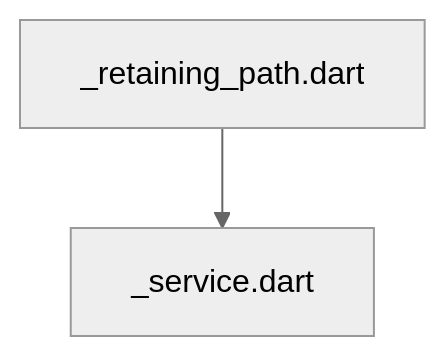
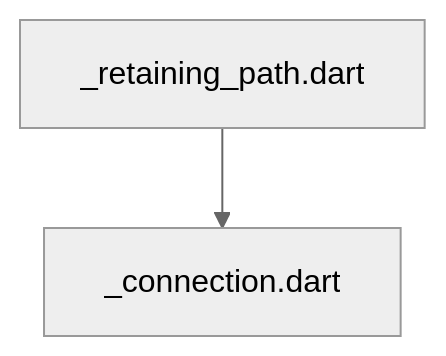
One commit to dart-lang/leak_tracker changed the diagram in pkgs/leak_tracker/lib/src/leak_tracking/_retaining_path/DEPENDENCIES.md. Above: the diagram before and after it, drawn with Mermaid (neutral theme). The commit also changed 13 other files, not shown here.

````diff
--- a/pkgs/leak_tracker/lib/src/leak_tracking/_retaining_path/DEPENDENCIES.md
+++ b/pkgs/leak_tracker/lib/src/leak_tracking/_retaining_path/DEPENDENCIES.md
@@ -6,4 +6,4 @@
 ```mermaid
 flowchart TD;
-_retaining_path.dart-->_service.dart;
+_retaining_path.dart-->_connection.dart;
 ```
````
